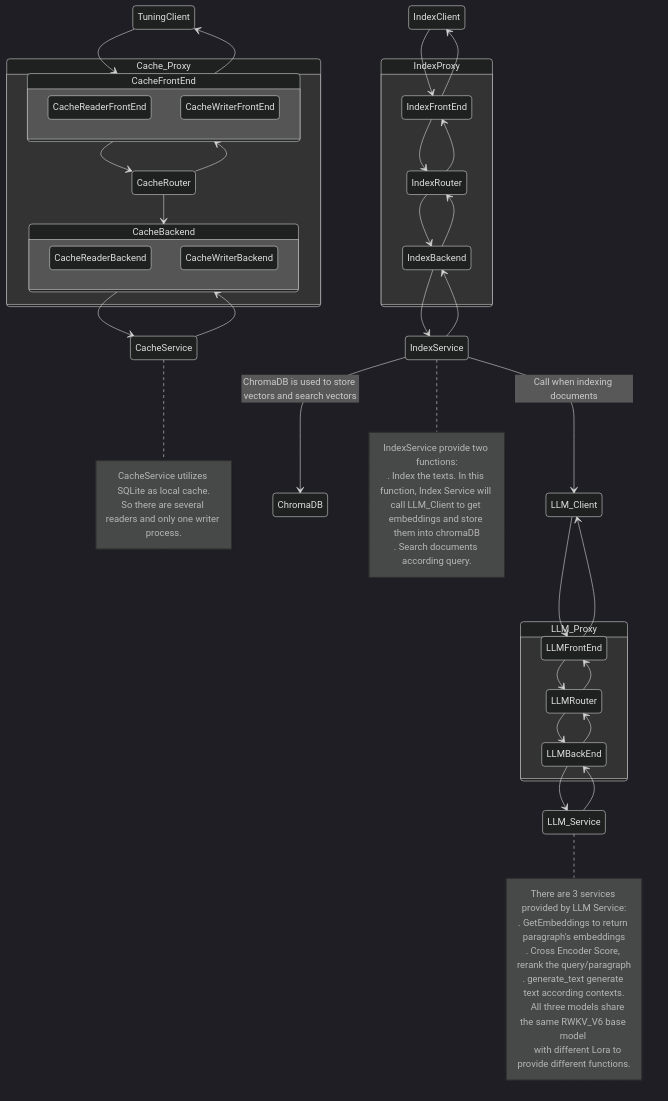
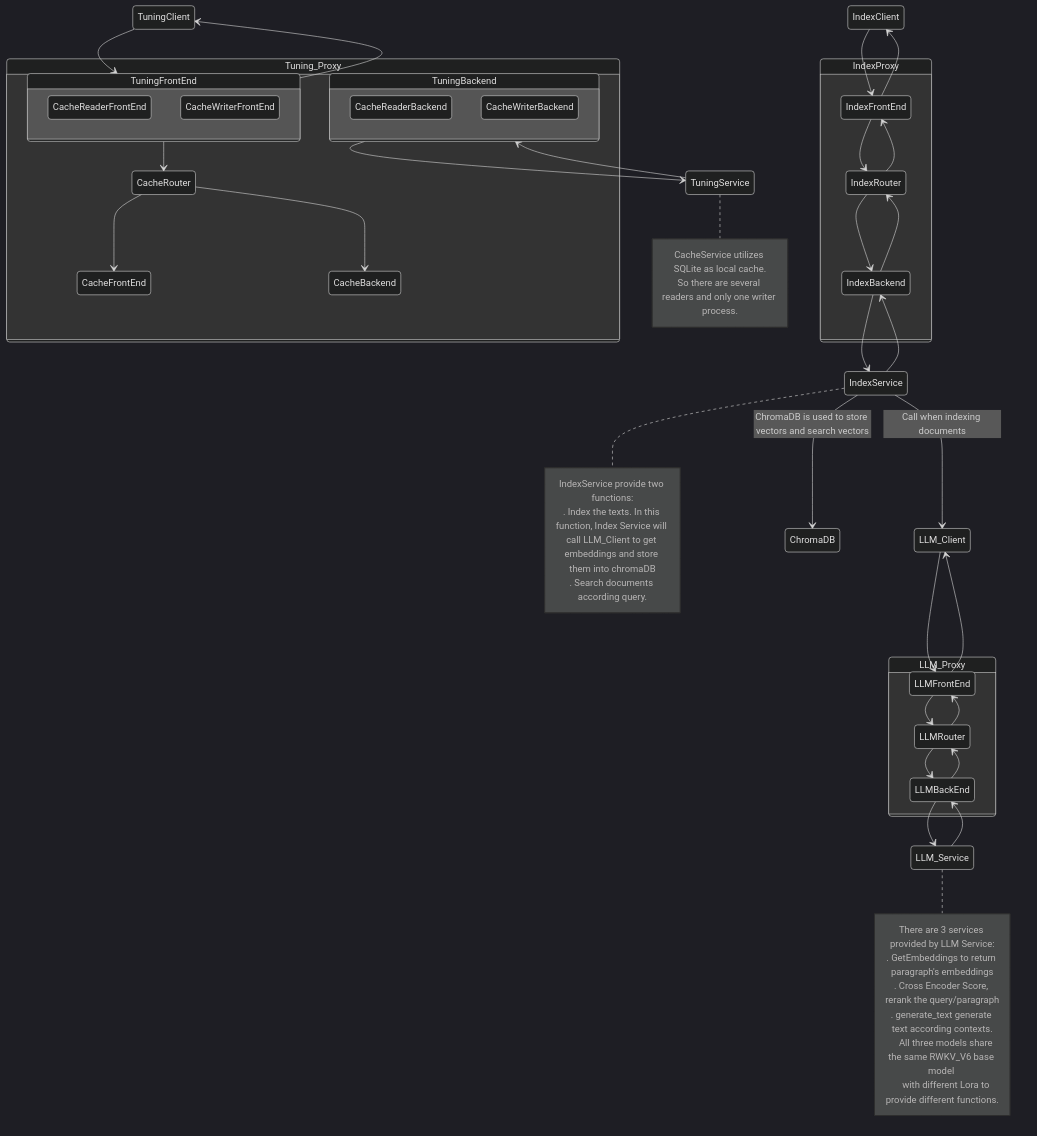
The third of 3 diagrams in README.md (AIIRWKV/RWKV-RAG), drawn with Mermaid (dark theme) before and after one commit.

````diff
--- a/README.md
+++ b/README.md
@@ -121,72 +121,72 @@
 ```mermaid
 stateDiagram-v2
 
 LLM_Client --> LLMFrontEnd
 LLMFrontEnd --> LLM_Client
 LLM_Proxy
 state LLM_Proxy{
     LLMFrontEnd --> LLMRouter 
     LLMRouter --> LLMBackEnd
     LLMRouter --> LLMFrontEnd
     LLMBackEnd --> LLMRouter
 }
 LLMBackEnd --> LLM_Service
 LLM_Service --> LLMBackEnd
 note right of LLM_Service
     There are 3 services provided by LLM Service:
     . GetEmbeddings to return paragraph's embeddings
     . Cross Encoder Score, rerank the query/paragraph
     . generate_text generate text according contexts.
 
     All three models share the same RWKV_V6 base model 
     with different Lora to provide different functions.
 end note
 
 TuningClient
-Cache_Proxy
-state Cache_Proxy{
-    CacheFrontEnd
-    state CacheFrontEnd{
+Tuning_Proxy
+state Tuning_Proxy{
+    TuningFrontEnd
+    state TuningFrontEnd{
         CacheReaderFrontEnd
         CacheWriterFrontEnd
     }
-    CacheFrontEnd --> CacheRouter 
+    TuningFrontEnd --> CacheRouter 
     CacheRouter -->  CacheFrontEnd
     CacheRouter --> CacheBackend
-    CacheBackend
-    state CacheBackend{
+    TuningBackend
+    state TuningBackend{
         CacheReaderBackend
         CacheWriterBackend
     }
 }
-TuningClient --> CacheFrontEnd
-CacheFrontEnd --> TuningClient
-CacheService --> CacheBackend
-CacheBackend --> CacheService
-note right of CacheService
+TuningClient --> TuningFrontEnd
+TuningFrontEnd --> TuningClient
+TuningService --> TuningBackend
+TuningBackend --> TuningService
+note right of TuningService
 CacheService utilizes SQLite as local cache.
 So there are several readers and only one writer process.
 end note
 
 
 IndexClient
 IndexProxy
 state IndexProxy{
     IndexFrontEnd --> IndexRouter
     IndexRouter --> IndexFrontEnd
     IndexRouter --> IndexBackend
     IndexBackend --> IndexRouter
 }
 IndexClient --> IndexFrontEnd
 IndexFrontEnd --> IndexClient
 IndexBackend --> IndexService
 IndexService --> IndexBackend
 IndexService --> LLM_Client :Call when indexing documents
 IndexService --> ChromaDB :ChromaDB is used to store vectors and search vectors
 note right of IndexService
 IndexService provide two functions:
 . Index the texts. In this function, Index Service will call LLM_Client to get embeddings and store them into chromaDB
 . Search documents according query.
 end note
 
 ```
````
